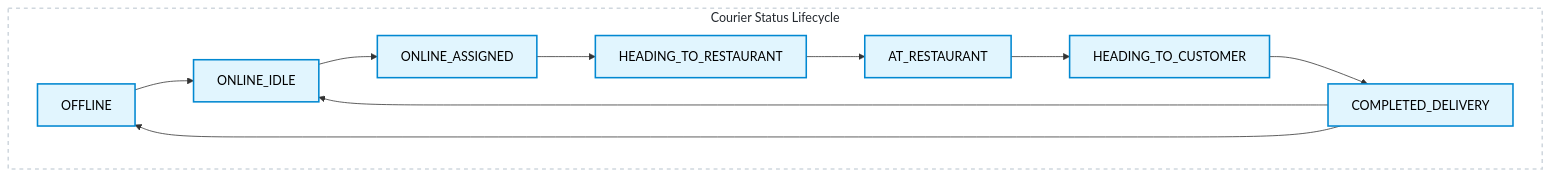
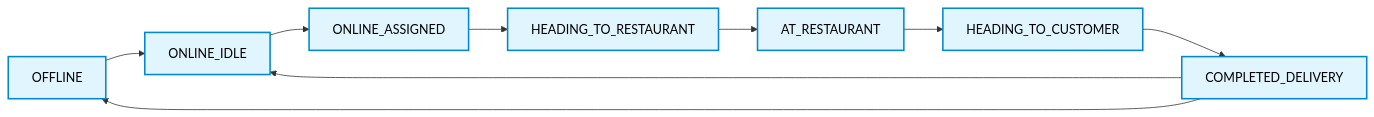
One commit to beauuks/food-delivery-streaming changed the third of 3 diagrams in README.md. Above: the diagram before and after it, drawn with Mermaid. The commit also changed other lines of this file, not shown here.

````diff
--- a/README.md
+++ b/README.md
@@ -139,22 +132,15 @@
 ```mermaid
 flowchart LR
     %% Style definitions for the nodes
     classDef default fill:#e1f5fe,stroke:#0288d1,stroke-width:2px,color:#000
 
-    subgraph Courier_Lifecycle ["Courier Status Lifecycle"]
-        direction LR
-        
-        OFFLINE --> ONLINE_IDLE
-        ONLINE_IDLE --> ONLINE_ASSIGNED
-        ONLINE_ASSIGNED --> HEADING_TO_RESTAURANT
-        HEADING_TO_RESTAURANT --> AT_RESTAURANT
-        AT_RESTAURANT --> HEADING_TO_CUSTOMER
-        HEADING_TO_CUSTOMER --> COMPLETED_DELIVERY
-        
-        COMPLETED_DELIVERY --> ONLINE_IDLE
-        COMPLETED_DELIVERY --> OFFLINE
-    end
-
-    %% Style definition for the background box (white fill)
-    style Courier_Lifecycle fill:#ffffff,stroke:#d0d7de,stroke-width:2px,color:#24292f,stroke-dasharray: 5 5
+    OFFLINE --> ONLINE_IDLE
+    ONLINE_IDLE --> ONLINE_ASSIGNED
+    ONLINE_ASSIGNED --> HEADING_TO_RESTAURANT
+    HEADING_TO_RESTAURANT --> AT_RESTAURANT
+    AT_RESTAURANT --> HEADING_TO_CUSTOMER
+    HEADING_TO_CUSTOMER --> COMPLETED_DELIVERY
+    
+    COMPLETED_DELIVERY --> ONLINE_IDLE
+    COMPLETED_DELIVERY --> OFFLINE
 ```
````
